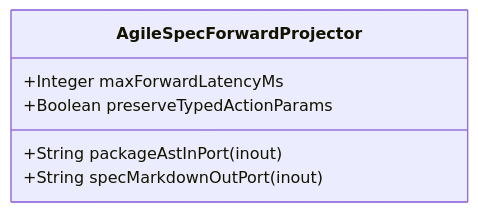
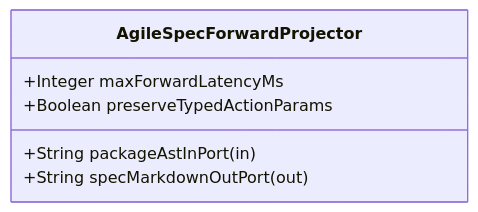
Before and after one commit to gintatkinson/DEAP01-spec-core: the diagram in .pipeline/upstream/docs/features/FEAT-16-AgileSpecForwardProjector.md, drawn with Mermaid. The commit also changed other lines of this file and 213 other files, not shown here.

````diff
--- a/.pipeline/upstream/docs/features/FEAT-16-AgileSpecForwardProjector.md
+++ b/.pipeline/upstream/docs/features/FEAT-16-AgileSpecForwardProjector.md
@@ -16,9 +16,9 @@
 ```mermaid
 classDiagram
     class AgileSpecForwardProjector {
-        +String packageAstInPort (inout)
-        +String specMarkdownOutPort (inout)
+        +String packageAstInPort (in)
+        +String specMarkdownOutPort (out)
         +Integer maxForwardLatencyMs
         +Boolean preserveTypedActionParams
     }
 ```
````
